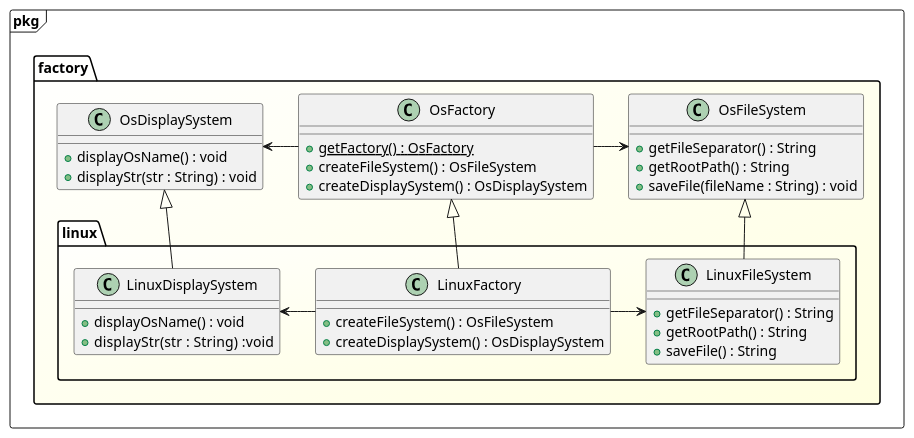
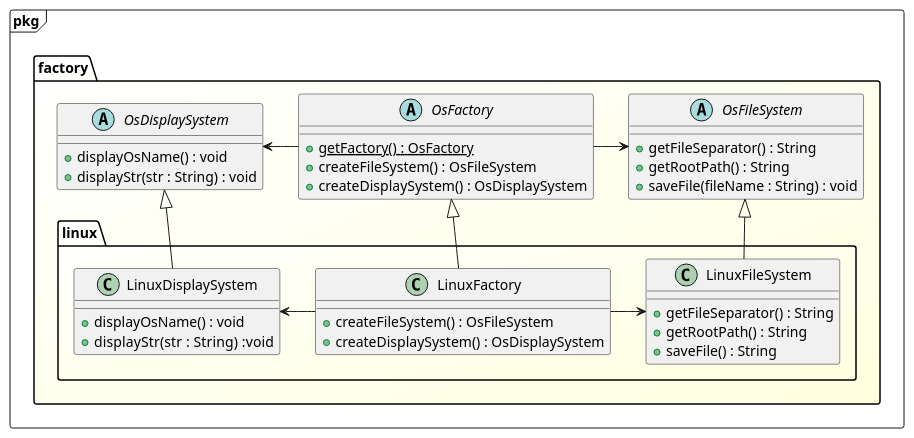
The diagram in abstract_factory_pattern/UML/classGraphLinux.pu (yufuworks/practiceDesignPattern), drawn with PlantUML before and after one commit. The commit also changed 1 other file, not shown here.

Commit message:
AFP: クラス図修正、抽象クラス表示

```diff
--- a/abstract_factory_pattern/UML/classGraphLinux.pu
+++ b/abstract_factory_pattern/UML/classGraphLinux.pu
@@ -1,49 +1,49 @@
 @startuml クラス図（Linux）
 package pkg <<Frame>> {
   package factory <<Folder>> #White/LightYellow {
     OsFactory -l-> OsDisplaySystem
     OsFactory -r-> OsFileSystem
 
-    class OsFactory {
+    Abstract OsFactory {
       + {static} getFactory() : OsFactory
       + createFileSystem() : OsFileSystem
       + createDisplaySystem() : OsDisplaySystem
     }
 
-    class OsDisplaySystem {
+    Abstract OsDisplaySystem {
       + displayOsName() : void
       + displayStr(str : String) : void
     }
 
-    class OsFileSystem {
+    Abstract OsFileSystem {
       + getFileSeparator() : String
       + getRootPath() : String
       + saveFile(fileName : String) : void
     }
     package linux <<Folder>> #White/LightYellow {
       LinuxFactory -l-> LinuxDisplaySystem
       LinuxFactory -r-> LinuxFileSystem
       LinuxFactory -u-|> OsFactory
       LinuxDisplaySystem -u-|> OsDisplaySystem
       LinuxFileSystem -u-|> OsFileSystem
 
       class LinuxFactory {
         + createFileSystem() : OsFileSystem
         + createDisplaySystem() : OsDisplaySystem
       }
 
       class LinuxDisplaySystem {
         + displayOsName() : void
         + displayStr(str : String)  :void
       }
 
       class LinuxFileSystem {
         + getFileSeparator() : String
         + getRootPath() : String
         + saveFile() : String
       }
     }
   }
 }
 
 @enduml
```
